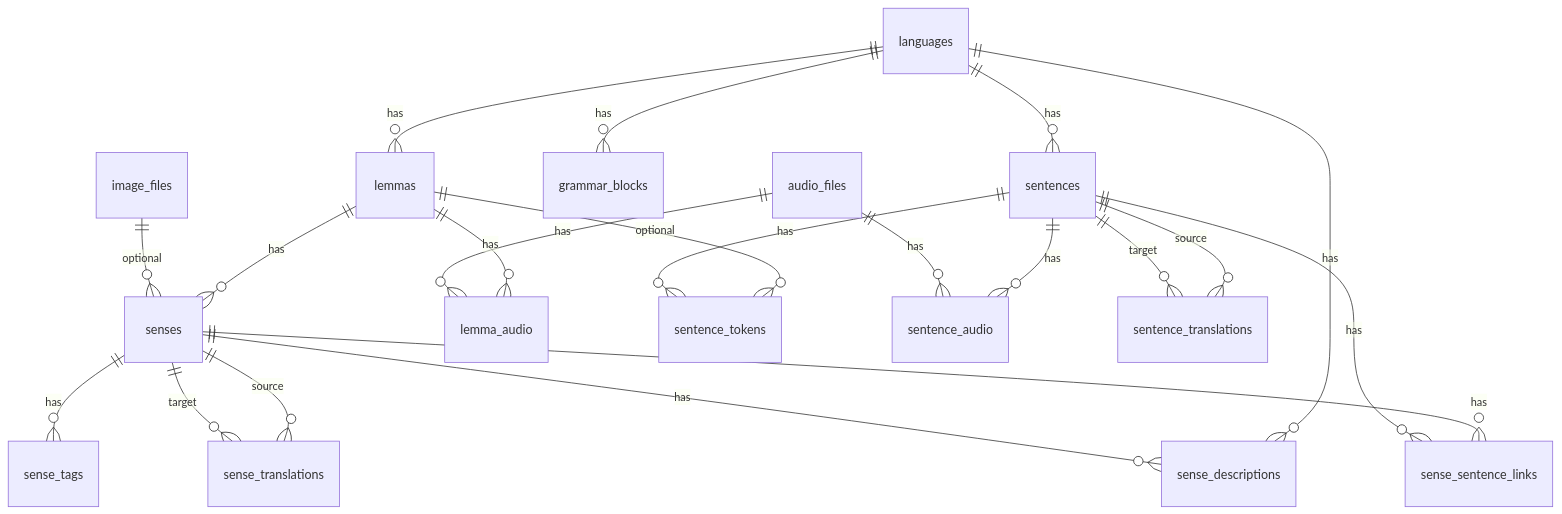
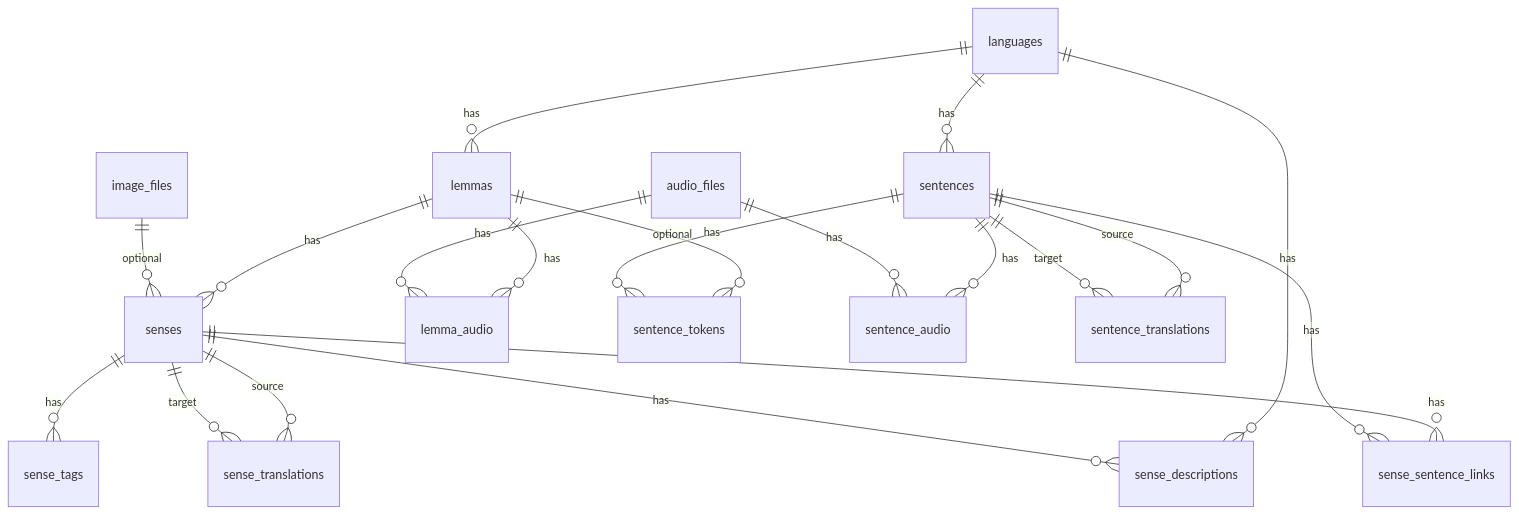
The diagram in docs/db-schema.md (geremere/lingcraft), drawn with Mermaid before and after one commit. The commit also changed other lines of this file and 854 other files, not shown here.

First line of the commit message:
Drop grammar blocks in favor of POLKE/EGP registry outputs and EAQUALS curriculum tooling.

````diff
--- a/docs/db-schema.md
+++ b/docs/db-schema.md
@@ -9,27 +9,26 @@
 ```mermaid
 erDiagram
     languages ||--o{ lemmas : has
     languages ||--o{ sentences : has
-    languages ||--o{ grammar_blocks : has
     languages ||--o{ sense_descriptions : has
 
     lemmas ||--o{ senses : has
     lemmas ||--o{ lemma_audio : has
     lemmas ||--o{ sentence_tokens : optional
 
     senses ||--o{ sense_descriptions : has
     senses ||--o{ sense_tags : has
     senses ||--o{ sense_translations : source
     senses ||--o{ sense_translations : target
     senses ||--o{ sense_sentence_links : has
 
     sentences ||--o{ sentence_tokens : has
     sentences ||--o{ sentence_audio : has
     sentences ||--o{ sentence_translations : source
     sentences ||--o{ sentence_translations : target
     sentences ||--o{ sense_sentence_links : has
 
     image_files ||--o{ senses : optional
     audio_files ||--o{ lemma_audio : has
     audio_files ||--o{ sentence_audio : has
 ```
````
